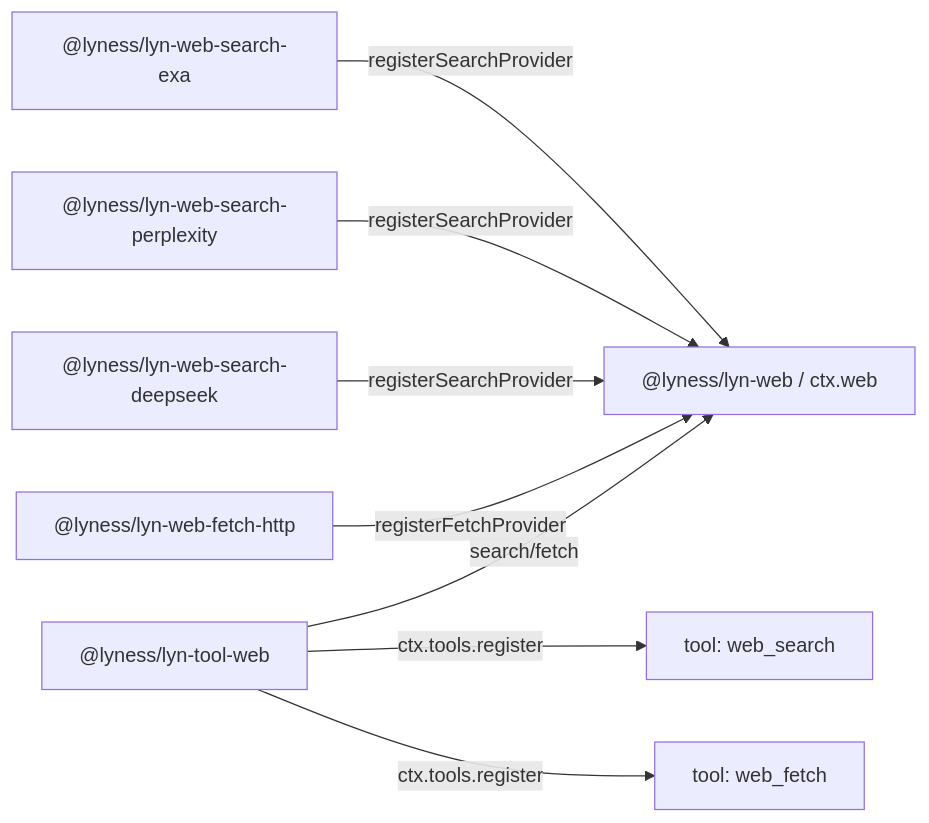
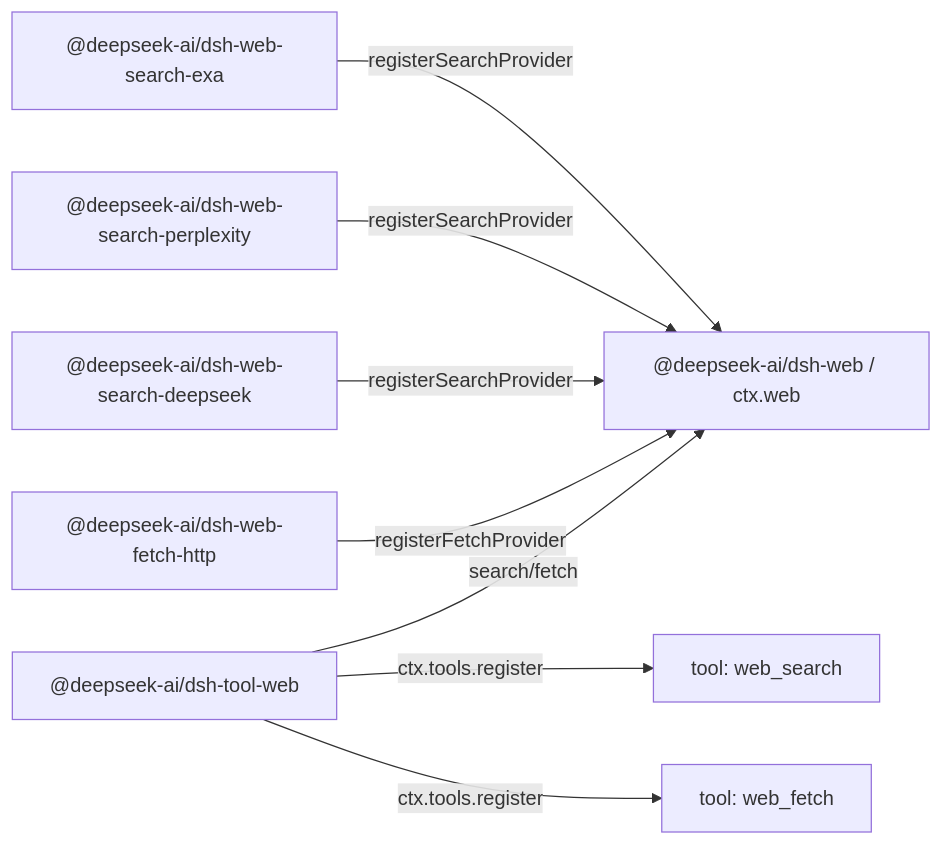
One commit to XavierZhang/lyness changed the diagram in .agents/notes/implemented/architecture/2026-06-24-web-capability-seam.md. Above: the diagram before and after it, drawn with Mermaid. The commit also changed other lines of this file and 8496 other files, not shown here.

````diff
--- a/.agents/notes/implemented/architecture/2026-06-24-web-capability-seam.md
+++ b/.agents/notes/implemented/architecture/2026-06-24-web-capability-seam.md
@@ -58,10 +58,10 @@
 ```mermaid
 flowchart LR
-  exa["@lyness/lyn-web-search-exa"] -->|registerSearchProvider| web["@lyness/lyn-web / ctx.web"]
-  perplexity["@lyness/lyn-web-search-perplexity"] -->|registerSearchProvider| web
-  deepseek["@lyness/lyn-web-search-deepseek"] -->|registerSearchProvider| web
-  fetchLocal["@lyness/lyn-web-fetch-http"] -->|registerFetchProvider| web
-  toolWeb["@lyness/lyn-tool-web"] -->|search/fetch| web
+  exa["@deepseek-ai/dsh-web-search-exa"] -->|registerSearchProvider| web["@deepseek-ai/dsh-web / ctx.web"]
+  perplexity["@deepseek-ai/dsh-web-search-perplexity"] -->|registerSearchProvider| web
+  deepseek["@deepseek-ai/dsh-web-search-deepseek"] -->|registerSearchProvider| web
+  fetchLocal["@deepseek-ai/dsh-web-fetch-http"] -->|registerFetchProvider| web
+  toolWeb["@deepseek-ai/dsh-tool-web"] -->|search/fetch| web
   toolWeb -->|ctx.tools.register| webSearch["tool: web_search"]
   toolWeb -->|ctx.tools.register| webFetch["tool: web_fetch"]
 ```
````
